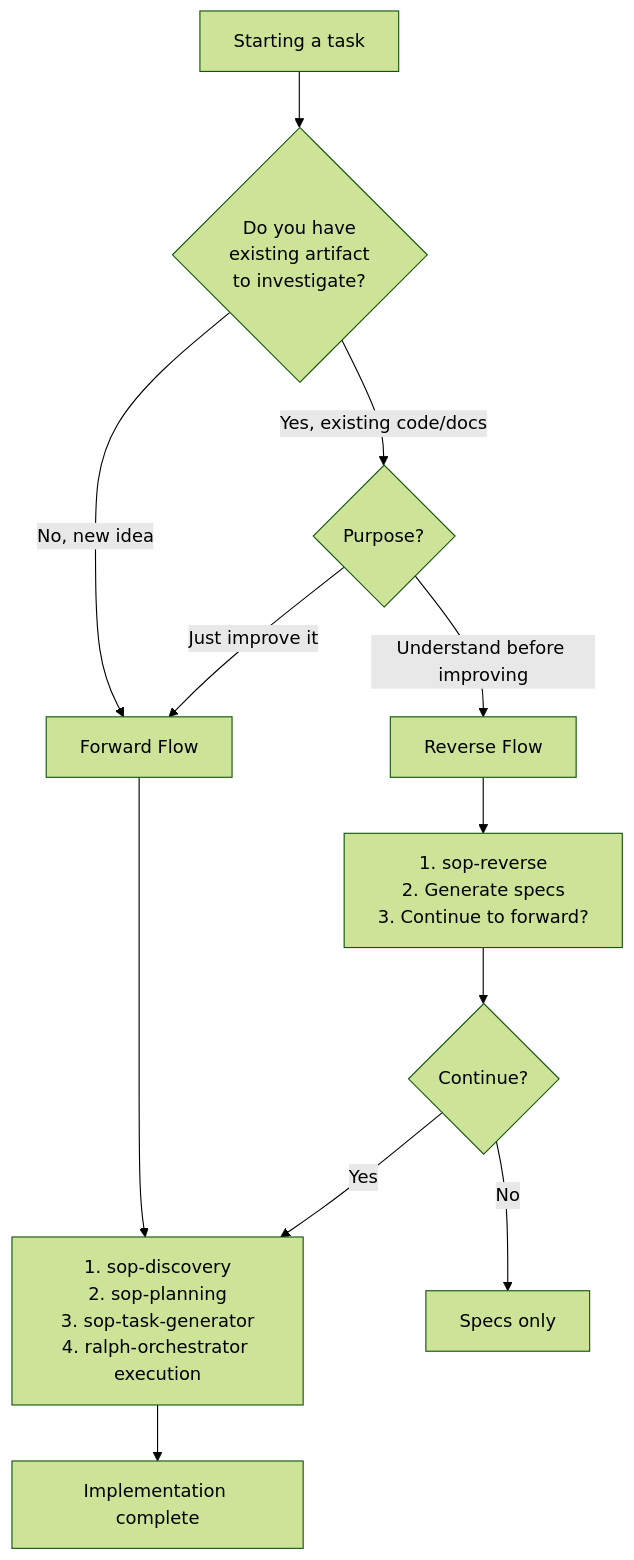
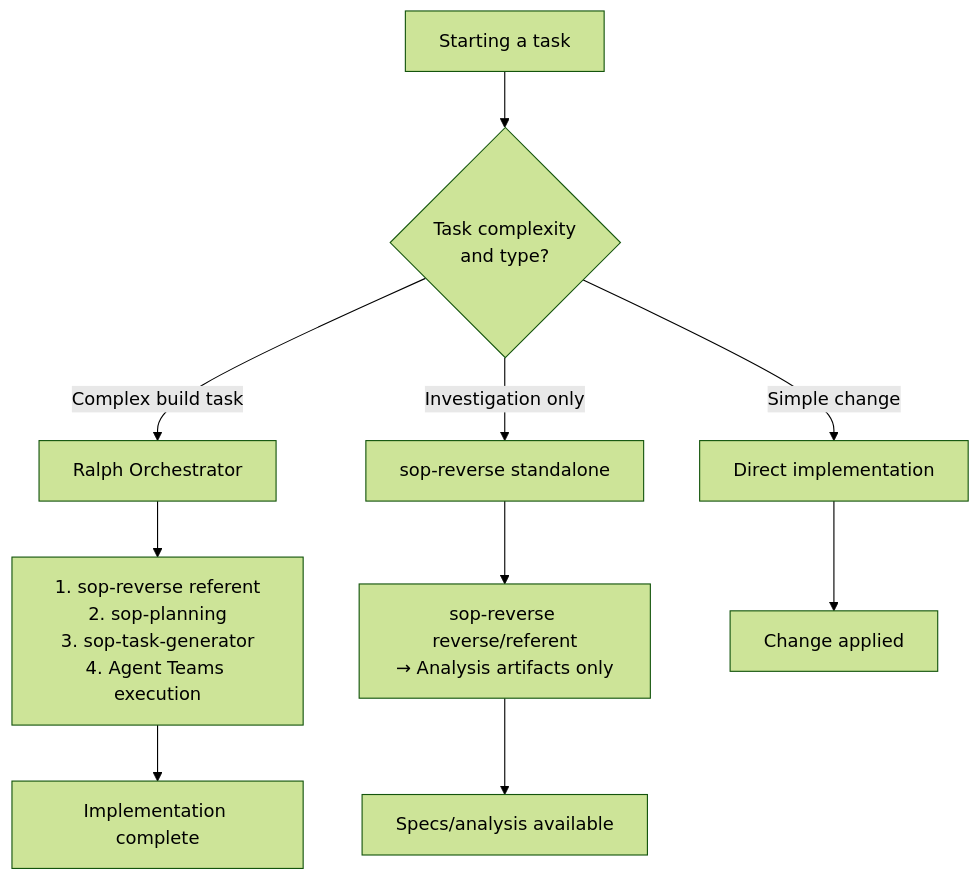
One commit to Dario-Arcos/ai-framework changed the first of 5 diagrams in skills/ralph-orchestrator/references/mode-selection.md. Above: the diagram before and after it, drawn with Mermaid (forest theme). The commit also changed other lines of this file and 5 other files, not shown here.

First line of the commit message:
refactor(ralph-orchestrator): simplify from 3 routes to single referent-only flow

````diff
--- a/skills/ralph-orchestrator/references/mode-selection.md
+++ b/skills/ralph-orchestrator/references/mode-selection.md
@@ -16,20 +16,16 @@
 ```mermaid
 graph TD
-    Start[Starting a task] --> Q1{Do you have<br/>existing artifact<br/>to investigate?}
+    Start[Starting a task] --> Q1{Task complexity<br/>and type?}
 
-    Q1 -->|No, new idea| Forward[Forward Flow]
-    Q1 -->|Yes, existing code/docs| Q2{Purpose?}
+    Q1 -->|Complex build task| Ralph[Ralph Orchestrator]
+    Q1 -->|Investigation only| Standalone[sop-reverse standalone]
+    Q1 -->|Simple change| Direct[Direct implementation]
 
-    Q2 -->|Understand before improving| Reverse[Reverse Flow]
-    Q2 -->|Just improve it| Forward
+    Ralph --> RalphSteps[1. sop-reverse referent<br/>2. sop-planning<br/>3. sop-task-generator<br/>4. Agent Teams execution]
 
-    Forward --> FwdSteps[1. sop-discovery<br/>2. sop-planning<br/>3. sop-task-generator<br/>4. ralph-orchestrator execution]
+    Standalone --> StandaloneSteps[sop-reverse reverse/referent<br/>→ Analysis artifacts only]
 
-    Reverse --> RevSteps[1. sop-reverse<br/>2. Generate specs<br/>3. Continue to forward?]
-
-    RevSteps --> Q3{Continue?}
-    Q3 -->|Yes| FwdSteps
-    Q3 -->|No| Done1[Specs only]
-
-    FwdSteps --> Done2[Implementation complete]
+    RalphSteps --> Done1[Implementation complete]
+    StandaloneSteps --> Done2[Specs/analysis available]
+    Direct --> Done3[Change applied]
 ```
````
